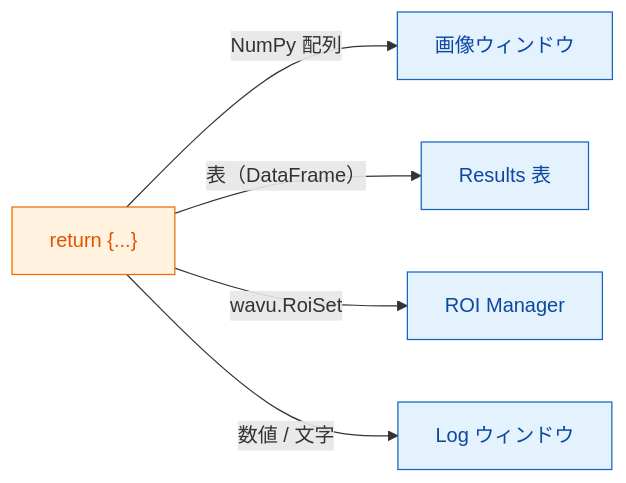
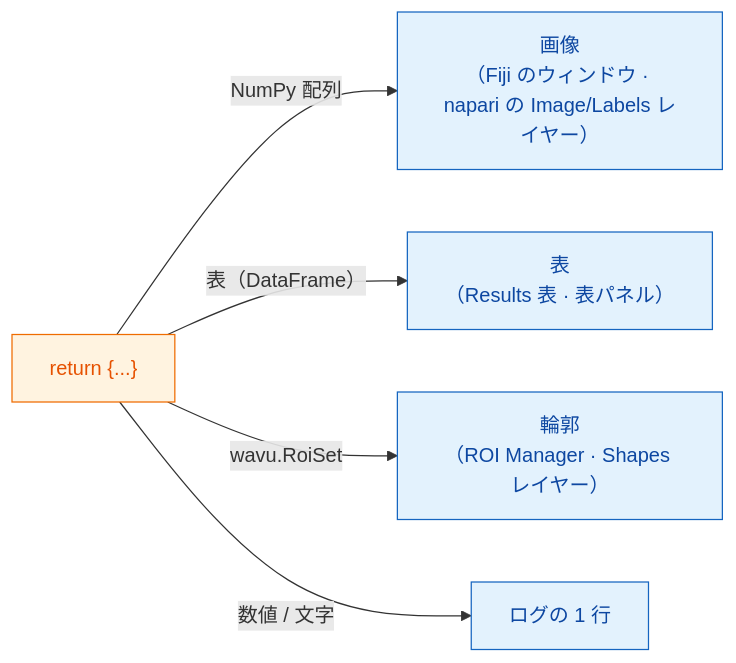
The diagram in guide/write/outputs.ja.md (Oxford-Zeiss-Centre-of-Excellence/Wavu), drawn with Mermaid before and after one commit. The commit also changed other lines of this file and 221 other files, not shown here.

````diff
--- a/guide/write/outputs.ja.md
+++ b/guide/write/outputs.ja.md
@@ -10,15 +12,15 @@
 ```mermaid
 flowchart LR
     R["return {...}"]:::script
-    I["画像ウィンドウ"]:::fiji
-    T["Results 表"]:::fiji
-    O["ROI Manager"]:::fiji
-    L["Log ウィンドウ"]:::fiji
+    I["画像<br/>（Fiji のウィンドウ · napari の Image/Labels レイヤー）"]:::fiji
+    T["表<br/>（Results 表 · 表パネル）"]:::fiji
+    O["輪郭<br/>（ROI Manager · Shapes レイヤー）"]:::fiji
+    L["ログの 1 行"]:::fiji
     R -- "NumPy 配列" --> I
     R -- "表（DataFrame）" --> T
     R -- "wavu.RoiSet" --> O
     R -- "数値 / 文字" --> L
 
     classDef fiji   fill:#e3f2fd,stroke:#1565c0,color:#0d47a1
     classDef script fill:#fff3e0,stroke:#ef6c00,color:#e65100
 ```
````
